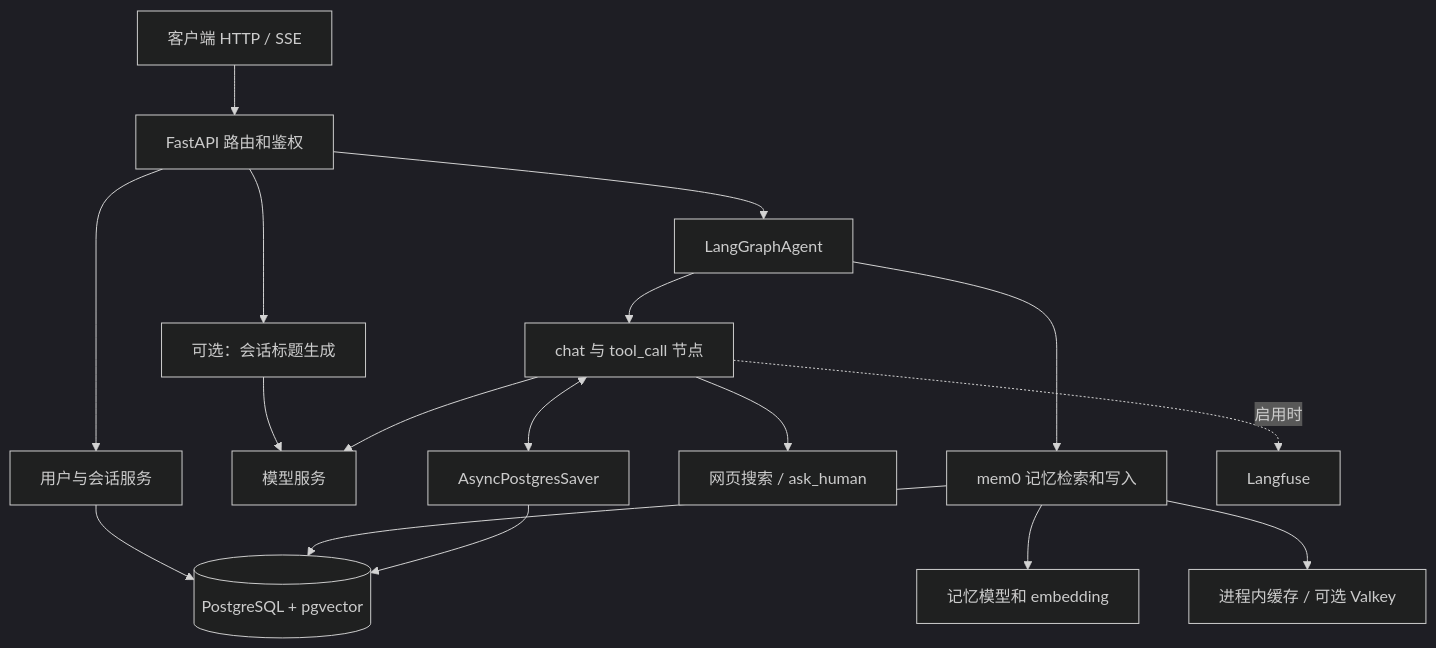
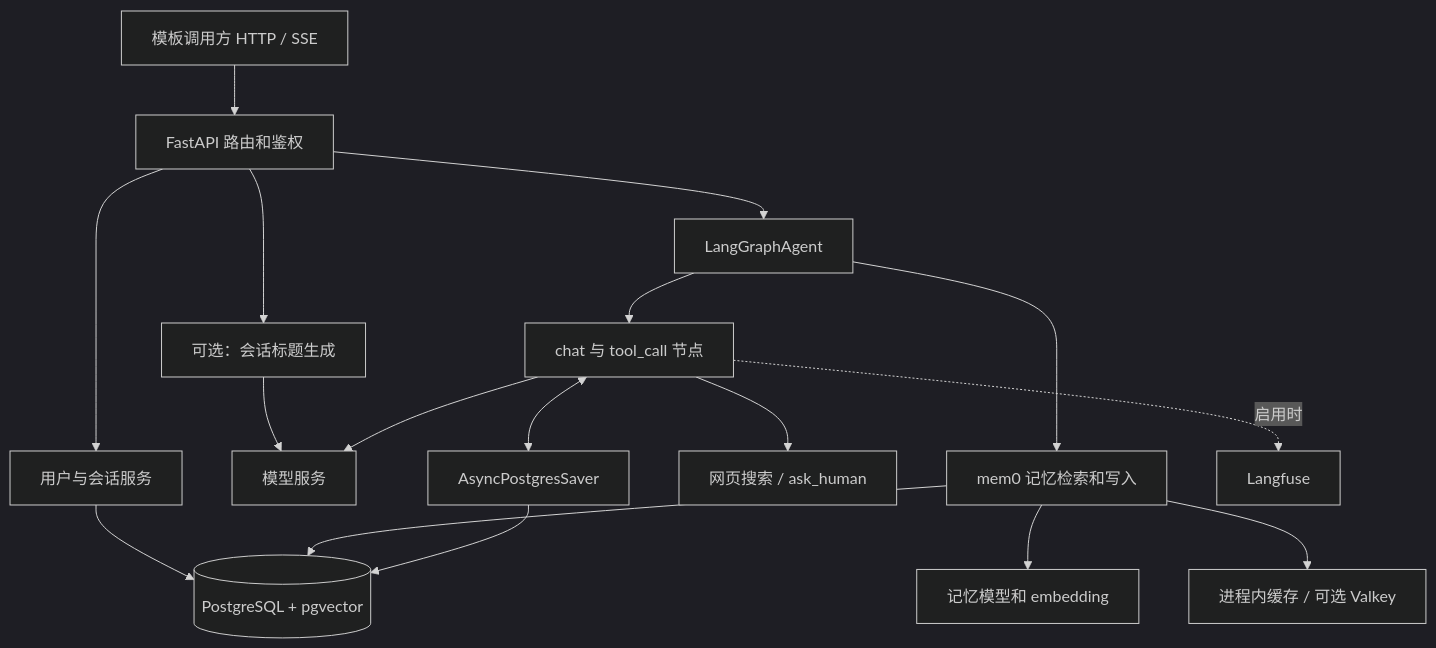
The first of 2 diagrams in docs/zh-CN/01-code-tour.md (SongHY-13/fastapi-langgraph-agent-production-ready-template), drawn with Mermaid (dark theme) before and after one commit. The commit also changed other lines of this file and 11 other files, not shown here.

````diff
--- a/docs/zh-CN/01-code-tour.md
+++ b/docs/zh-CN/01-code-tour.md
@@ -22,19 +27,19 @@
 ```mermaid
 flowchart TD
-    C[客户端 HTTP / SSE] --> API[FastAPI 路由和鉴权]
+    C[模板调用方 HTTP / SSE] --> API[FastAPI 路由和鉴权]
     API --> DB[用户与会话服务]
     DB --> PG[(PostgreSQL + pgvector)]
     API --> TITLE[可选：会话标题生成]
     TITLE --> LLM[模型服务]
     API --> AGENT[LangGraphAgent]
     AGENT --> MEM[mem0 记忆检索和写入]
     MEM --> PG
     MEM --> ML[记忆模型和 embedding]
     MEM --> CACHE[进程内缓存 / 可选 Valkey]
     AGENT --> GRAPH[chat 与 tool_call 节点]
     GRAPH --> LLM
     GRAPH --> TOOL[网页搜索 / ask_human]
     GRAPH <--> CP[AsyncPostgresSaver]
     CP --> PG
     GRAPH -.启用时.-> TRACE[Langfuse]
 ```
````
